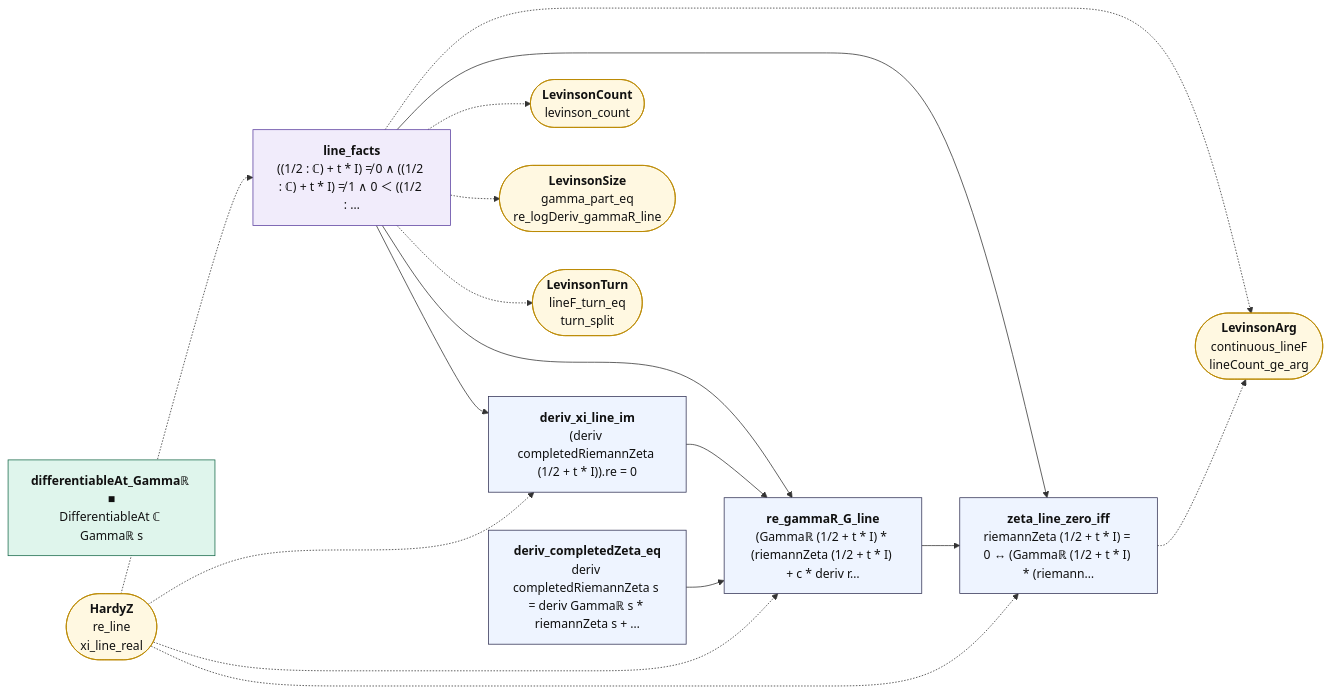
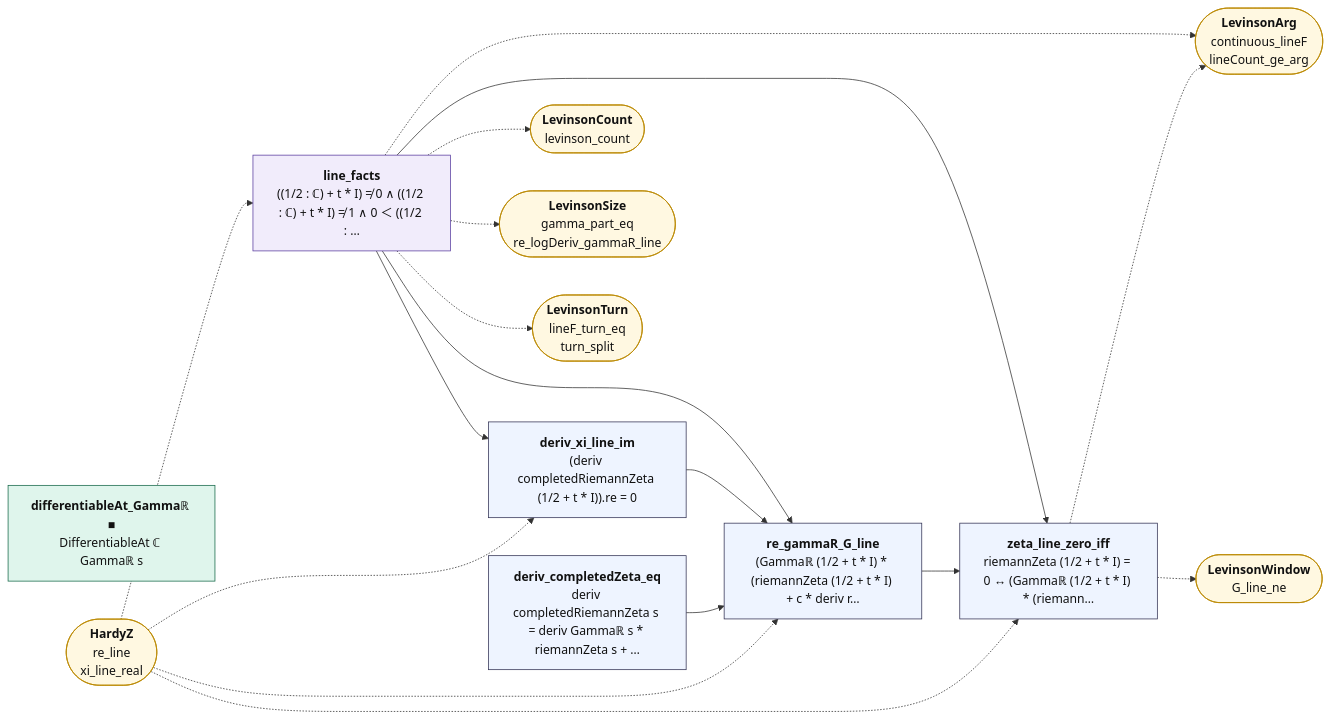
The diagram in map/lean_stage3/LevinsonLine.md (juliansambranojr/Primebeat_081426), drawn with Mermaid before and after one commit. The commit also changed other lines of this file and 37 other files, not shown here.

````diff
--- a/map/lean_stage3/LevinsonLine.md
+++ b/map/lean_stage3/LevinsonLine.md
@@ -14,37 +14,39 @@
 ```mermaid
 flowchart LR
   n0["<b>line_facts</b><br/>((1/2 : ℂ) + t * I) ≠ 0 ∧ ((1/2 : ℂ) + t * I) ≠ 1 ∧ 0 ＜ ((1/2 : …"]:::shp
   n1["<b>deriv_xi_line_im</b><br/>(deriv completedRiemannZeta (1/2 + t * I)).re = 0"]:::thm
   n2["<b>differentiableAt_Gammaℝ ■</b><br/>DifferentiableAt ℂ Gammaℝ s"]:::cnt
   n3["<b>deriv_completedZeta_eq</b><br/>deriv completedRiemannZeta s = deriv Gammaℝ s * riemannZeta s + …"]:::thm
   n4["<b>re_gammaR_G_line</b><br/>(Gammaℝ (1/2 + t * I) * (riemannZeta (1/2 + t * I) + c * deriv r…"]:::thm
   n5["<b>zeta_line_zero_iff</b><br/>riemannZeta (1/2 + t * I) = 0 ↔ (Gammaℝ (1/2 + t * I) * (riemann…"]:::thm
   x0(["<b>HardyZ</b><br/>re_line<br/>xi_line_real"]):::ext
   x1(["<b>LevinsonArg</b><br/>continuous_lineF<br/>lineCount_ge_arg"]):::ext
   x2(["<b>LevinsonCount</b><br/>levinson_count"]):::ext
   x3(["<b>LevinsonSize</b><br/>gamma_part_eq<br/>re_logDeriv_gammaR_line"]):::ext
   x4(["<b>LevinsonTurn</b><br/>lineF_turn_eq<br/>turn_split"]):::ext
+  x5(["<b>LevinsonWindow</b><br/>G_line_ne"]):::ext
   n0 --> n1
   n0 --> n4
   n0 --> n5
   n1 --> n4
   n3 --> n4
   n4 --> n5
   n0 -.-> x1
   n0 -.-> x2
   n0 -.-> x3
   n0 -.-> x4
   n5 -.-> x1
+  n5 -.-> x5
   x0 -.-> n0
   x0 -.-> n1
   x0 -.-> n4
   x0 -.-> n5
   classDef cnt fill:#dff5ec,stroke:#17694a,color:#111
   classDef shp fill:#f1ecfb,stroke:#5b3fa0,color:#111
   classDef rh fill:#ffe5e5,stroke:#c22,color:#111,stroke-width:2px
   classDef thm fill:#eef4ff,stroke:#335,color:#111
   classDef end_ fill:#e7f7e7,stroke:#2a7,color:#111,stroke-width:2px
   classDef lone fill:#fff,stroke:#999,color:#111,stroke-dasharray:4 3
   classDef bad fill:#ffe5e5,stroke:#c22,color:#111,stroke-width:2px
   classDef ext fill:#fff8e1,stroke:#b80,color:#111
 ```
````
